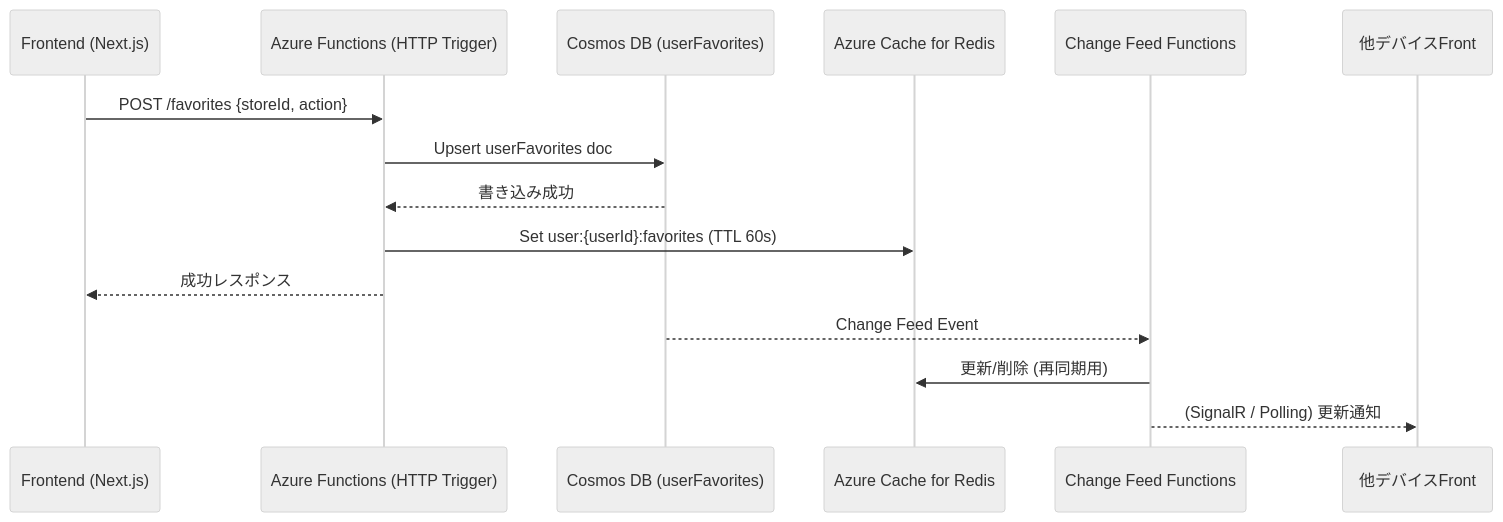
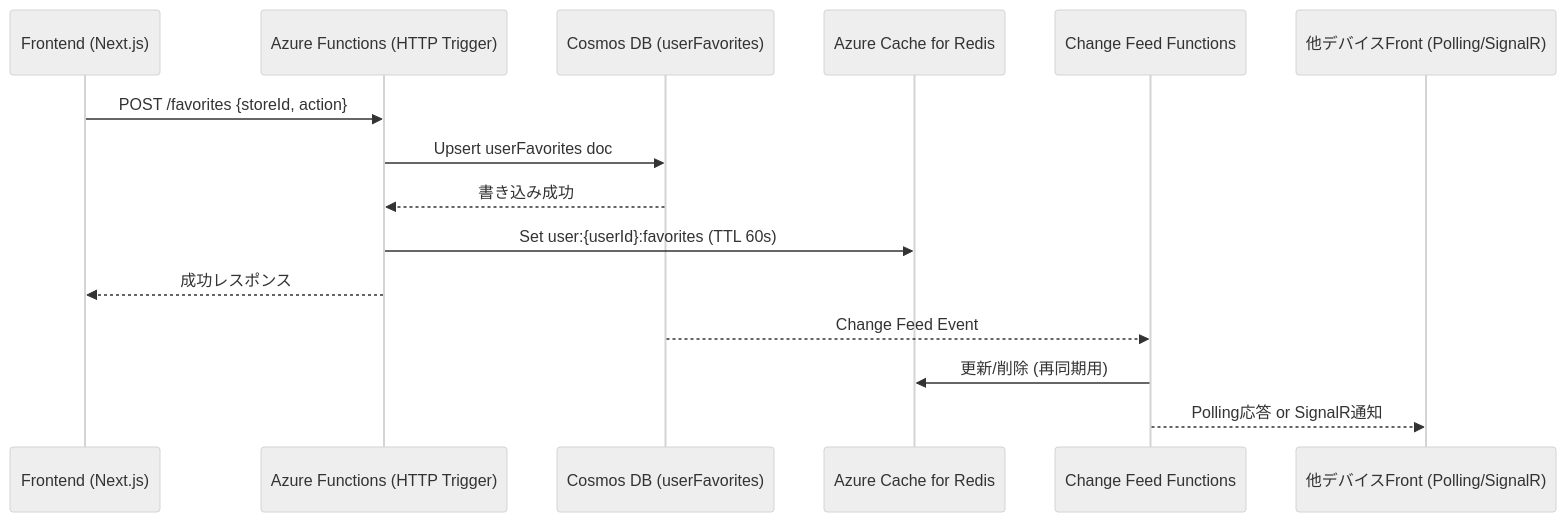
One commit to yusuke-sa/cafe-mapping changed the diagram in docs/blueprint/dataflow/DataFlow_UserFavorites.md. Above: the diagram before and after it, drawn with Mermaid (neutral theme). The commit also changed other lines of this file and 5 other files, not shown here.

````diff
--- a/docs/blueprint/dataflow/DataFlow_UserFavorites.md
+++ b/docs/blueprint/dataflow/DataFlow_UserFavorites.md
@@ -8,18 +10,18 @@
 ```mermaid
 sequenceDiagram
     participant Frontend as Frontend (Next.js)
     participant APIFunc as Azure Functions (HTTP Trigger)
     participant Cosmos as Cosmos DB (userFavorites)
     participant Redis as Azure Cache for Redis
     participant ChangeFn as Change Feed Functions
-    participant Frontend2 as 他デバイスFront
+    participant Frontend2 as 他デバイスFront (Polling/SignalR)
 
     Frontend->>APIFunc: POST /favorites {storeId, action}
     APIFunc->>Cosmos: Upsert userFavorites doc
     Cosmos-->>APIFunc: 書き込み成功
     APIFunc->>Redis: Set user:{userId}:favorites (TTL 60s)
     APIFunc-->>Frontend: 成功レスポンス
     Cosmos-->>ChangeFn: Change Feed Event
     ChangeFn->>Redis: 更新/削除 (再同期用)
-    ChangeFn-->>Frontend2: (SignalR / Polling) 更新通知
+    ChangeFn-->>Frontend2: Polling応答 or SignalR通知
 ```
````
